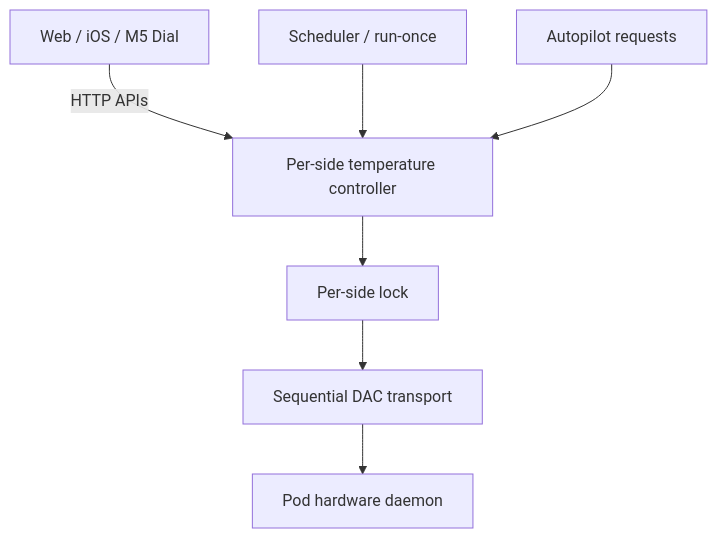
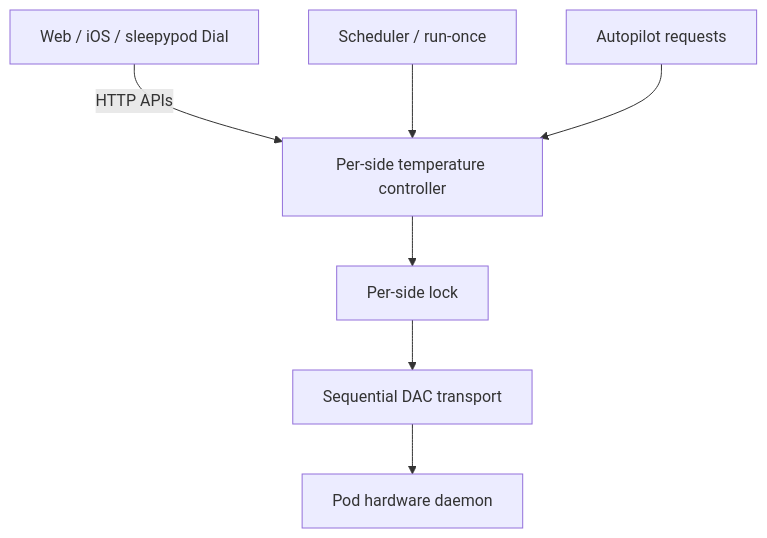
Before and after one commit to sleepypod/sleepypod.github.io: the first of 2 diagrams in content/developers/architecture.mdx, drawn with Mermaid. The commit also changed 26 other files, not shown here.

Commit message:
docs: refresh the Stage tour and sleepypod Dial branding (#36)

````diff
--- a/content/developers/architecture.mdx
+++ b/content/developers/architecture.mdx
@@ -11,11 +11,11 @@
 ```mermaid
 flowchart TD
   accTitle: Ordinary temperature commands reach hardware through one controller
   accDescr: Web, iOS, Dial, scheduler, and Autopilot requests enter the temperature controller. It selects ownership per side, then uses a side lock and sequential DAC transport to reach the hardware daemon.
-  C["Web / iOS / M5 Dial"] -->|HTTP APIs| O["Per-side temperature controller"]
+  C["Web / iOS / sleepypod Dial"] -->|HTTP APIs| O["Per-side temperature controller"]
   S["Scheduler / run-once"] --> O
   A["Autopilot requests"] --> O
   O --> L["Per-side lock"]
   L --> D["Sequential DAC transport"]
   D --> H["Pod hardware daemon"]
 ```
````
